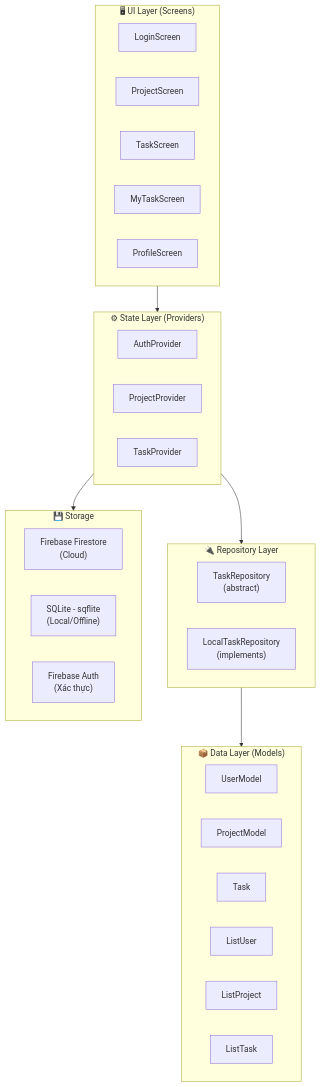
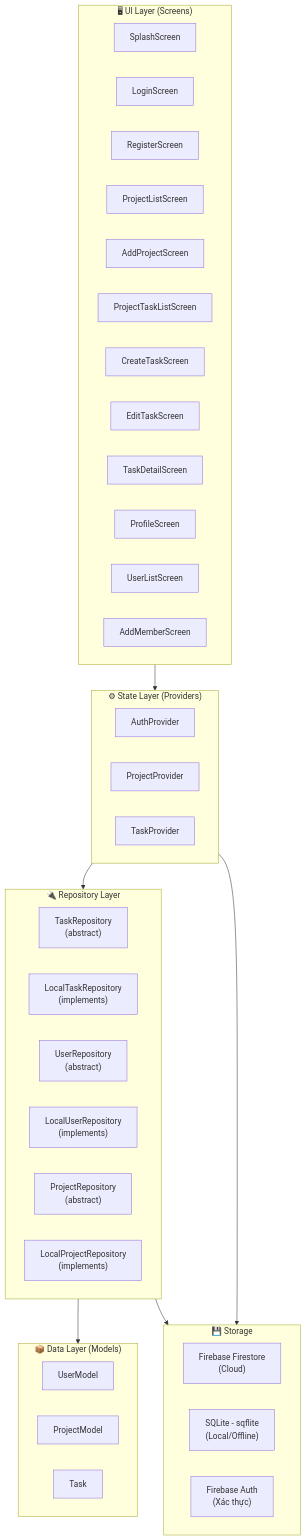
One commit to ttt-huong/TaskFlow_Huong_Thuong_Cuong_N03_1_2026 changed diagram 11 of 19 in docs/uml_va_luong_hoat_dong.md. Above: the diagram before and after it, drawn with Mermaid. The commit also changed other lines of this file and 15 other files, not shown here.

````diff
--- a/docs/uml_va_luong_hoat_dong.md
+++ b/docs/uml_va_luong_hoat_dong.md
@@ -365,41 +386,50 @@
 ```mermaid
 flowchart TB
     subgraph UI["🖥 UI Layer (Screens)"]
+        S0["SplashScreen"]
         S1["LoginScreen"]
-        S2["ProjectScreen"]
-        S3["TaskScreen"]
-        S4["MyTaskScreen"]
+        S1a["RegisterScreen"]
+        S2["ProjectListScreen"]
+        S2a["AddProjectScreen"]
+        S3["ProjectTaskListScreen"]
+        S3a["CreateTaskScreen"]
+        S3b["EditTaskScreen"]
+        S4["TaskDetailScreen"]
         S5["ProfileScreen"]
+        S6["UserListScreen"]
+        S7["AddMemberScreen"]
     end
 
     subgraph State["⚙ State Layer (Providers)"]
         P1["AuthProvider"]
         P2["ProjectProvider"]
         P3["TaskProvider"]
     end
 
     subgraph Repo["🔌 Repository Layer"]
         R1["TaskRepository\n(abstract)"]
         R2["LocalTaskRepository\n(implements)"]
+        R3["UserRepository\n(abstract)"]
+        R4["LocalUserRepository\n(implements)"]
+        R5["ProjectRepository\n(abstract)"]
+        R6["LocalProjectRepository\n(implements)"]
     end
 
     subgraph Data["📦 Data Layer (Models)"]
         M1["UserModel"]
         M2["ProjectModel"]
         M3["Task"]
-        L1["ListUser"]
-        L2["ListProject"]
-        L3["ListTask"]
     end
 
     subgraph Storage["💾 Storage"]
         FB["Firebase Firestore\n(Cloud)"]
         SQ["SQLite - sqflite\n(Local/Offline)"]
         FA["Firebase Auth\n(Xác thực)"]
     end
 
     UI --> State
     State --> Repo
     Repo --> Data
+    Repo --> Storage
     State --> Storage
 ```
````
